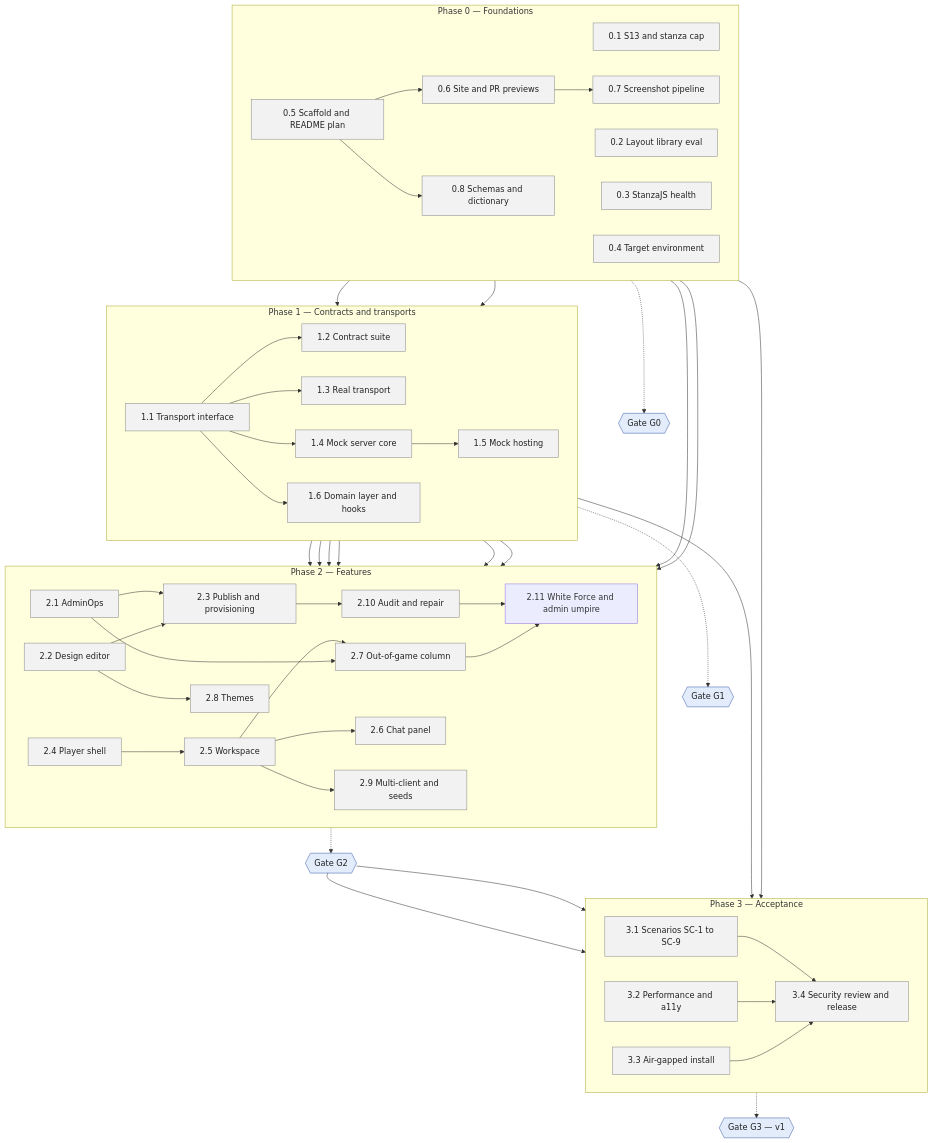
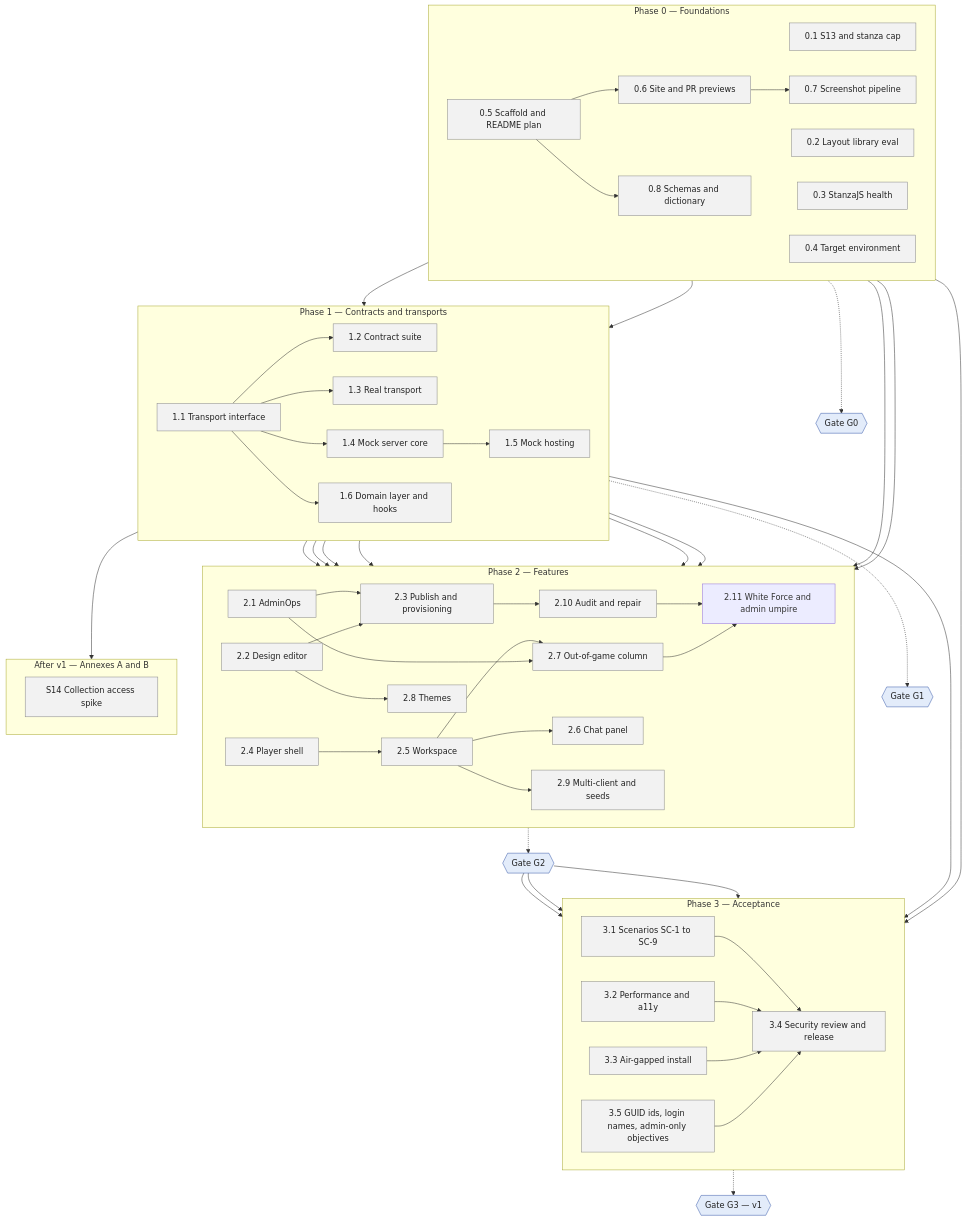
One commit to serge-web/war-rooms-x2 changed the diagram in WRX1-Dev-Plan.md. Above: the diagram before and after it, drawn with Mermaid. The commit also changed other lines of this file and 7 other files, not shown here.

First line of the commit message:
Merge the product owner's SRD revision; plan WP 3.5, spike S14 and the annexes

````diff
--- a/WRX1-Dev-Plan.md
+++ b/WRX1-Dev-Plan.md
@@ -134,6 +139,11 @@
         wp32["3.2 Performance and a11y"]
         wp33["3.3 Air-gapped install"]
         wp34["3.4 Security review and release"]
+        wp35["3.5 GUID ids, login names, admin-only objectives"]
+    end
+    subgraph PX["After v1 — Annexes A and B"]
+        direction LR
+        wps14["S14 Collection access spike"]
     end
     G0{{"Gate G0"}}
     G1{{"Gate G1"}}
@@ -156,16 +166,18 @@
     wp15 & wp25 --> wp29
     wp04 & wp13 --> wp33
     wp31 & wp32 & wp33 --> wp34
+    wp35 --> wp34
+    wp12 --> wps14
     P0 -.-> G0
     P1 -.-> G1
     P2 -.-> G2
-    G2 --> wp31 & wp32
+    G2 --> wp31 & wp32 & wp35
     P3 -.-> G3
 
     classDef todo fill:#f2f2f2,stroke:#888,color:#222
     classDef active fill:#fff1c2,stroke:#c9a000,color:#222,stroke-width:2px
     classDef done fill:#d6f0dc,stroke:#2e7d32,color:#222
     classDef gate fill:#e3ecfa,stroke:#3b5bab,color:#222
-    class wp01,wp02,wp03,wp04,wp05,wp06,wp07,wp08,wp11,wp12,wp13,wp14,wp15,wp16,wp21,wp22,wp23,wp210,wp24,wp25,wp26,wp27,wp28,wp29,wp31,wp32,wp33,wp34 todo
+    class wp01,wp02,wp03,wp04,wp05,wp06,wp07,wp08,wp11,wp12,wp13,wp14,wp15,wp16,wp21,wp22,wp23,wp210,wp24,wp25,wp26,wp27,wp28,wp29,wp31,wp32,wp33,wp34,wp35,wps14 todo
     class G0,G1,G2,G3 gate
 ```
````
